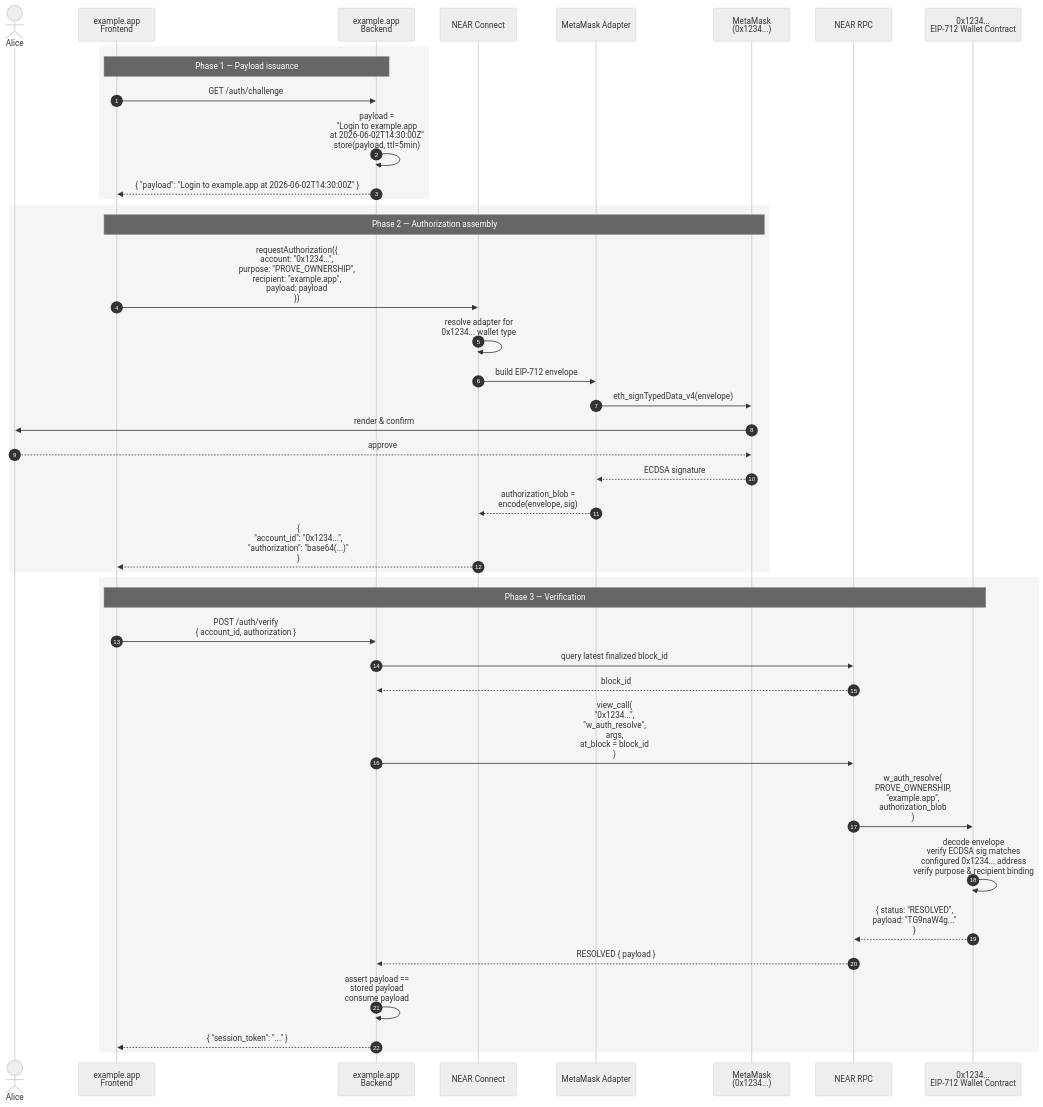
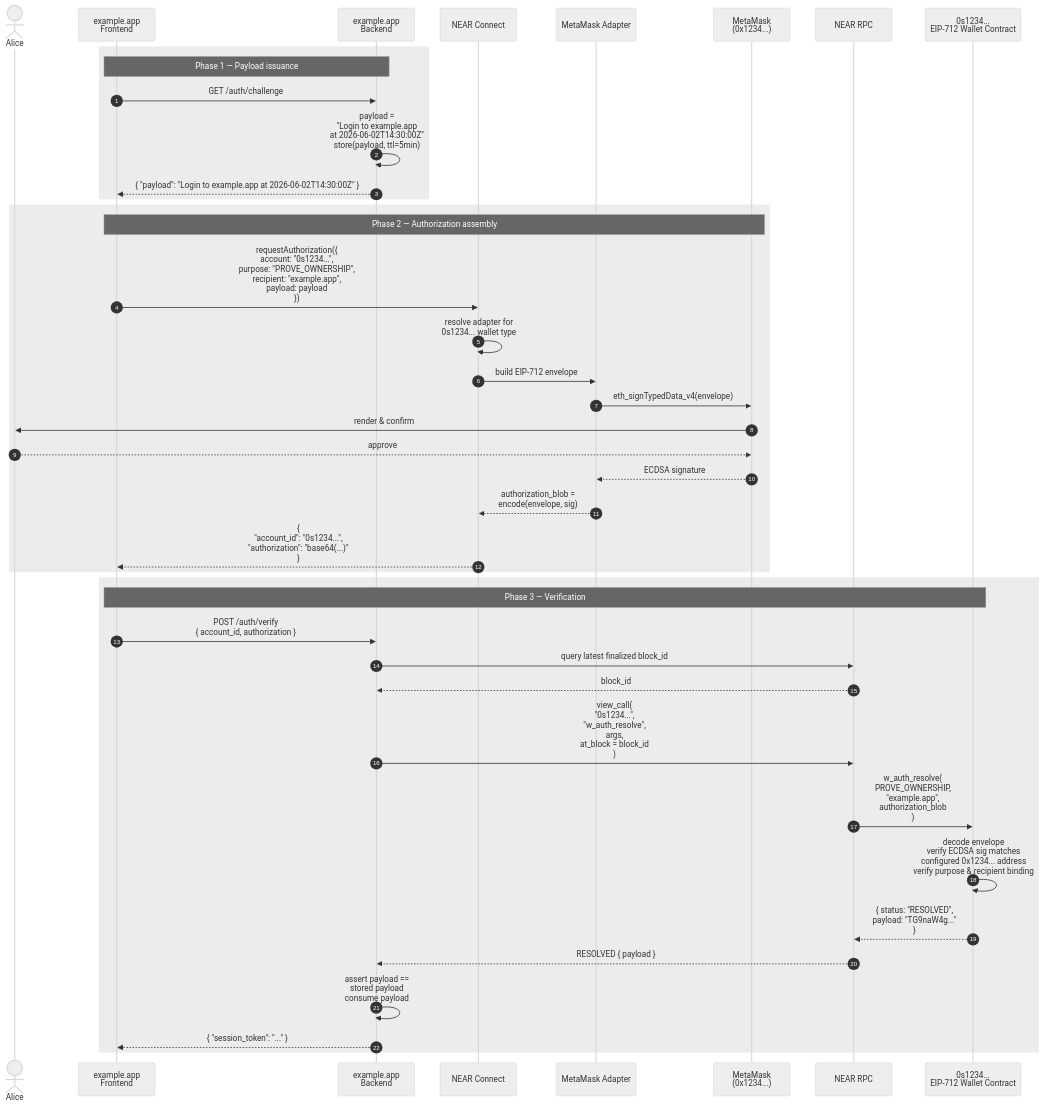
Before and after one commit to near/NEPs: the first of 4 diagrams in neps/nep-0641.md, drawn with Mermaid (neutral theme). The commit also changed other lines of this file, not shown here.

First line of the commit message:
Revise NEAR account ID format and wallet contract references

````diff
--- a/neps/nep-0641.md
+++ b/neps/nep-0641.md
@@ -384,46 +384,46 @@
 ```mermaid
 sequenceDiagram
     autonumber
     actor User as Alice
     participant FE as example.app<br/>Frontend
     participant BE as example.app<br/>Backend
     participant NC as NEAR Connect
     participant ADP as MetaMask Adapter
     participant MM as MetaMask<br/>(0x1234...)
     participant RPC as NEAR RPC
-    participant WC as 0x1234...<br/>EIP-712 Wallet Contract
+    participant WC as 0s1234...<br/>EIP-712 Wallet Contract
 
-    rect rgb(245, 245, 245)
+    rect rgba(127, 127, 127, 0.15)
     Note over FE,BE: Phase 1 — Payload issuance
     FE->>BE: GET /auth/challenge
     BE->>BE: payload =<br/>"Login to example.app<br/>at 2026-06-02T14:30:00Z"<br/>store(payload, ttl=5min)
     BE-->>FE: { "payload": "Login to example.app at 2026-06-02T14:30:00Z" }
     end
 
-    rect rgb(245, 245, 245)
+    rect rgba(127, 127, 127, 0.15)
     Note over FE,MM: Phase 2 — Authorization assembly
-    FE->>NC: requestAuthorization({<br/>  account: "0x1234...",<br/>  purpose: "PROVE_OWNERSHIP",<br/>  recipient: "example.app",<br/>  payload: payload<br/>})
-    NC->>NC: resolve adapter for<br/>0x1234... wallet type
+    FE->>NC: requestAuthorization({<br/>  account: "0s1234...",<br/>  purpose: "PROVE_OWNERSHIP",<br/>  recipient: "example.app",<br/>  payload: payload<br/>})
+    NC->>NC: resolve adapter for<br/>0s1234... wallet type
     NC->>ADP: build EIP-712 envelope
     ADP->>MM: eth_signTypedData_v4(envelope)
     MM->>User: render & confirm
     User-->>MM: approve
     MM-->>ADP: ECDSA signature
     ADP-->>NC: authorization_blob =<br/>encode(envelope, sig)
-    NC-->>FE: {<br/>  "account_id": "0x1234...",<br/>  "authorization": "base64(...)"<br/>}
+    NC-->>FE: {<br/>  "account_id": "0s1234...",<br/>  "authorization": "base64(...)"<br/>}
     end
 
-    rect rgb(245, 245, 245)
+    rect rgba(127, 127, 127, 0.15)
     Note over FE,WC: Phase 3 — Verification
     FE->>BE: POST /auth/verify<br/>{ account_id, authorization }
     BE->>RPC: query latest finalized block_id
     RPC-->>BE: block_id
-    BE->>RPC: view_call(<br/>  "0x1234...",<br/>  "w_auth_resolve",<br/>  args,<br/>  at_block = block_id<br/>)
+    BE->>RPC: view_call(<br/>  "0s1234...",<br/>  "w_auth_resolve",<br/>  args,<br/>  at_block = block_id<br/>)
     RPC->>WC: w_auth_resolve(<br/>  PROVE_OWNERSHIP,<br/>  "example.app",<br/>  authorization_blob<br/>)
     WC->>WC: decode envelope<br/>verify ECDSA sig matches<br/>configured 0x1234... address<br/>verify purpose & recipient binding
     WC-->>RPC: { status: "RESOLVED",<br/>  payload: "TG9naW4g..."<br/>}
     RPC-->>BE: RESOLVED { payload }
     BE->>BE: assert payload ==<br/>stored payload<br/>consume payload
     BE-->>FE: { "session_token": "..." }
     end
 ```
````
